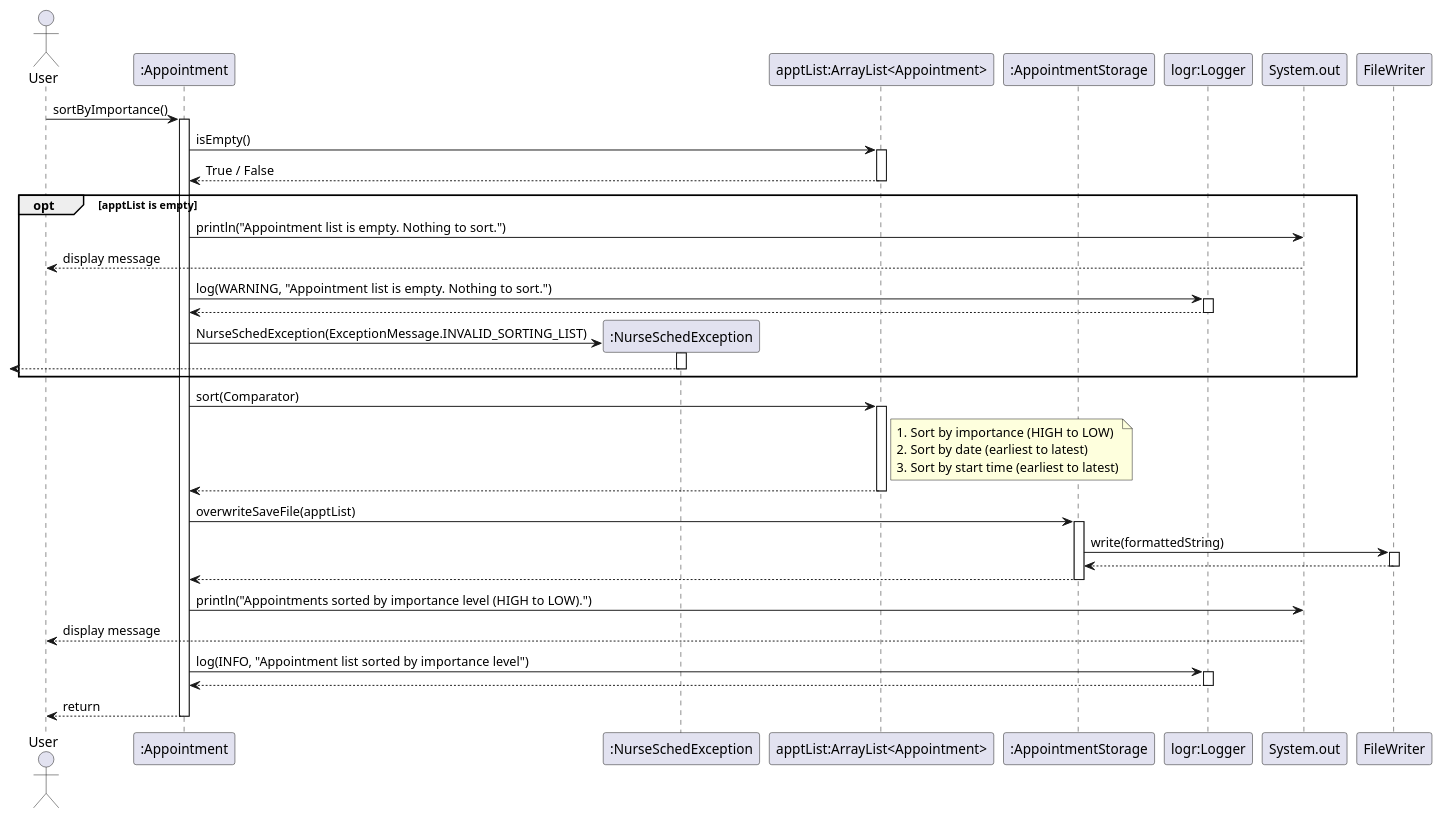
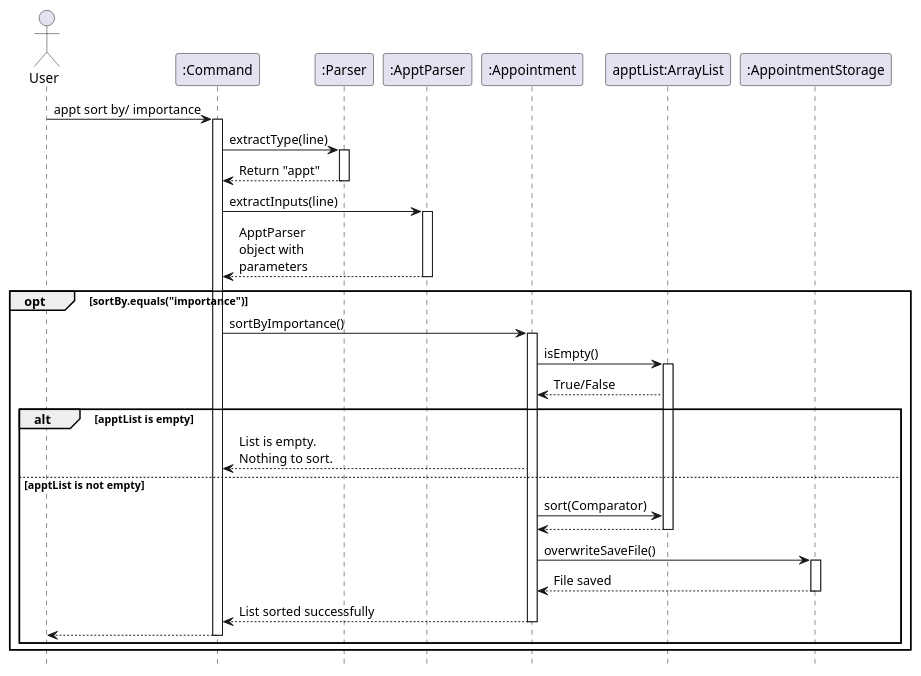
The diagram in docs/diagrams/apptSequenceDiagrams/SortApptSequenceDiagram.puml (AY2425S2-CS2113-T11b-3/tp), drawn with PlantUML before and after one commit. The commit also changed 8 other files, not shown here.

Commit message:
Add Appointment class diagram

```diff
--- a/docs/diagrams/apptSequenceDiagrams/SortApptSequenceDiagram.puml
+++ b/docs/diagrams/apptSequenceDiagrams/SortApptSequenceDiagram.puml
@@ -1,65 +1,66 @@
 @startuml
 
+hide footbox
 actor User
-participant ":Appointment" as Appointment
-participant ":NurseSchedException" as NurseSchedException
-participant "apptList:ArrayList<Appointment>" as apptList
-participant ":AppointmentStorage" as AppointmentStorage
-participant "logr:Logger" as Logger
+participant ":Command" as Command
+participant ":Parser" as Parser
+participant ":ApptParser" as ApptParser
+participant ":Appointment" as Appt
+participant "apptList:ArrayList" as ApptList
+participant ":AppointmentStorage" as ApptStorage
 
-User -> Appointment : sortByImportance()
-activate Appointment
+User -> Command : appt sort by/ importance
+activate Command
 
-Appointment -> apptList : isEmpty()
-activate apptList
-apptList --> Appointment : True / False
-deactivate apptList
+Command -> Parser : extractType(line)
+activate Parser
 
-opt apptList is empty
-    Appointment -> System.out : println("Appointment list is empty. Nothing to sort.")
-    System.out --> User : display message
+Parser --> Command : Return "appt"
+deactivate Parser
 
-    Appointment -> Logger : log(WARNING, "Appointment list is empty. Nothing to sort.")
-    activate Logger
-    Logger --> Appointment
-    deactivate Logger
+Command -> ApptParser : extractInputs(line)
+activate ApptParser
+ApptParser --> Command : ApptParser \nobject with \nparameters
+deactivate ApptParser
 
-    create NurseSchedException
-    Appointment -> NurseSchedException : NurseSchedException(ExceptionMessage.INVALID_SORTING_LIST)
-    activate NurseSchedException
+opt sortBy.equals("importance")
+    Command-> Appt : sortByImportance()
+    activate Appt
 
-    NurseSchedException -->[
-    deactivate NurseSchedException
+    Appt -> ApptList : isEmpty()
+    activate ApptList
+
+    ApptList --> Appt : True/False
+
+
+    alt apptList is empty
+        Appt --> Command : List is empty. \nNothing to sort.
+    else apptList is not empty
+        Appt -> ApptList : sort(Comparator)
+        ApptList --> Appt
+        deactivate ApptList
+
+
+
+    Appt -> ApptStorage : overwriteSaveFile()
+    activate ApptStorage
+
+    ApptStorage --> Appt : File saved
+    deactivate ApptStorage
+
+
+
+    Appt --> Command : List sorted successfully
+    deactivate Appt
+    Command --> User
+    deactivate Command
+    end
+
+
 end
 
-Appointment -> apptList : sort(Comparator)
-activate apptList
-note right of apptList
-  1. Sort by importance (HIGH to LOW)
-  2. Sort by date (earliest to latest)
-  3. Sort by start time (earliest to latest)
-end note
-apptList --> Appointment
-deactivate apptList
 
-Appointment -> AppointmentStorage : overwriteSaveFile(apptList)
-activate AppointmentStorage
-AppointmentStorage -> FileWriter : write(formattedString)
-activate FileWriter
-FileWriter --> AppointmentStorage
-deactivate FileWriter
-AppointmentStorage --> Appointment
-deactivate AppointmentStorage
 
-Appointment -> System.out : println("Appointments sorted by importance level (HIGH to LOW).")
-System.out --> User : display message
 
-Appointment -> Logger : log(INFO, "Appointment list sorted by importance level")
-activate Logger
-Logger --> Appointment
-deactivate Logger
-
-Appointment --> User : return
-deactivate Appointment
 
 @enduml
```
